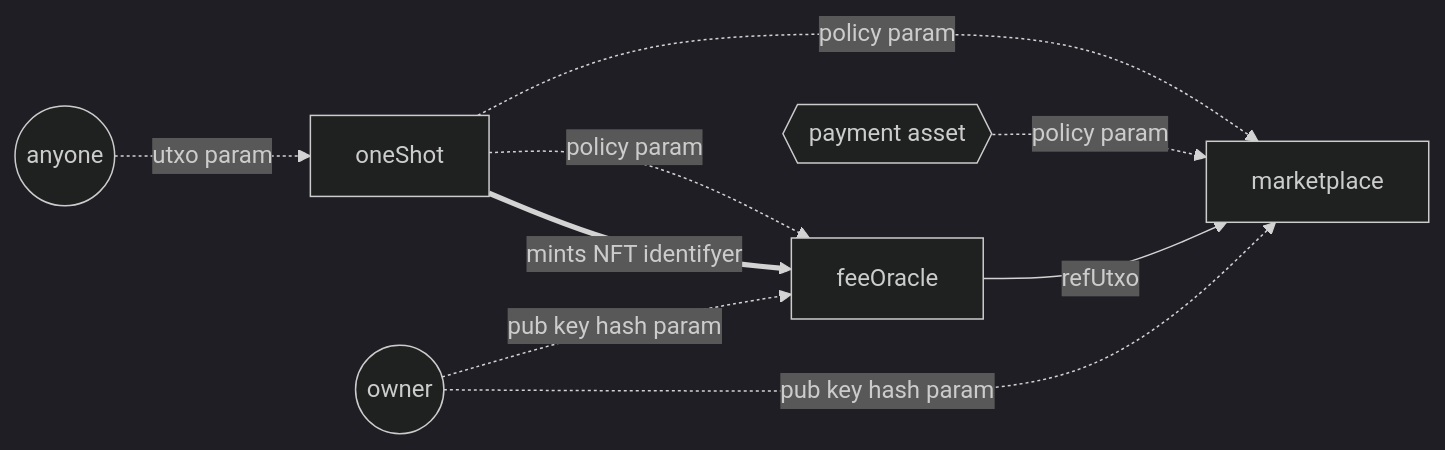
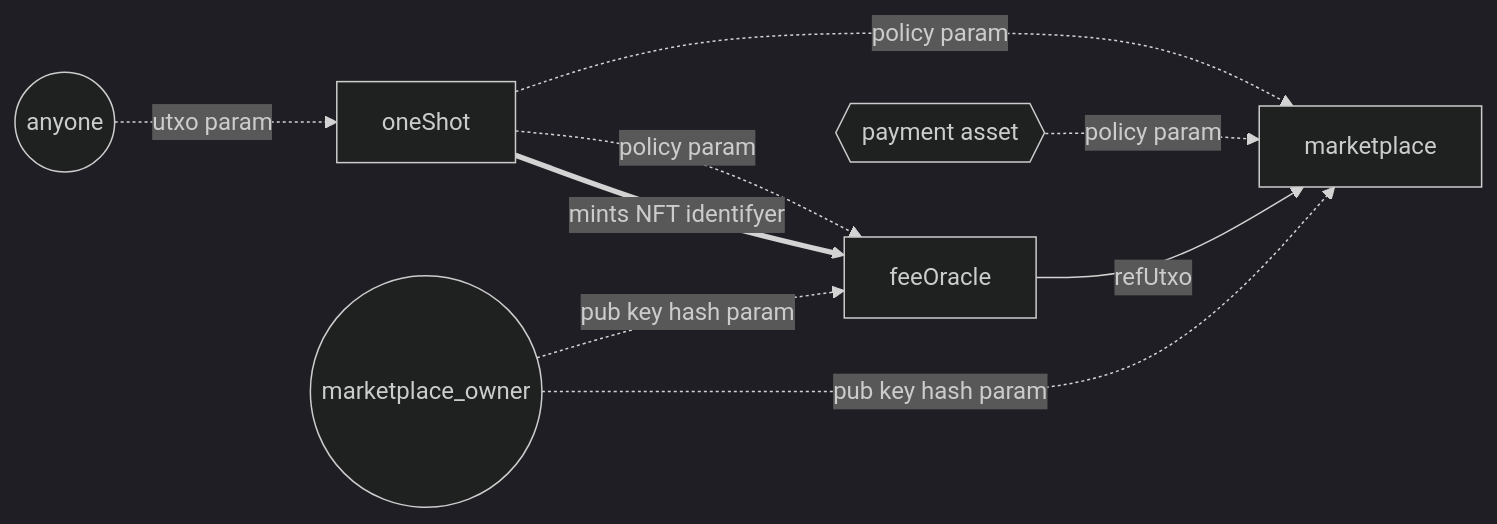
The diagram in docs/README.md (empowa-io/ecosystem-marketplace), drawn with Mermaid (dark theme) before and after one commit. The commit also changed other lines of this file and 11 other files, not shown here.

````diff
--- a/docs/README.md
+++ b/docs/README.md
@@ -25,24 +30,24 @@
 ```mermaid
 flowchart LR
     oneShot
     feeOracle
     marketplace
-    owner((owner))
+    marketplace_owner((marketplace_owner))
     anyone((anyone))
     token{{payment asset}}
 
 
     oneShot ==> |mints NFT identifyer| feeOracle
     oneShot -. policy param .-> feeOracle
 
     anyone -. utxo param .-> oneShot
-    owner -. pub key hash param .-> marketplace
+    marketplace_owner -. pub key hash param .-> marketplace
 
     oneShot -. policy param .-> marketplace
     
-    owner -. pub key hash param .-> feeOracle
+    marketplace_owner -. pub key hash param .-> feeOracle
 
     feeOracle --> |refUtxo| marketplace
     
     token -. policy param .-> marketplace
 ```
````
